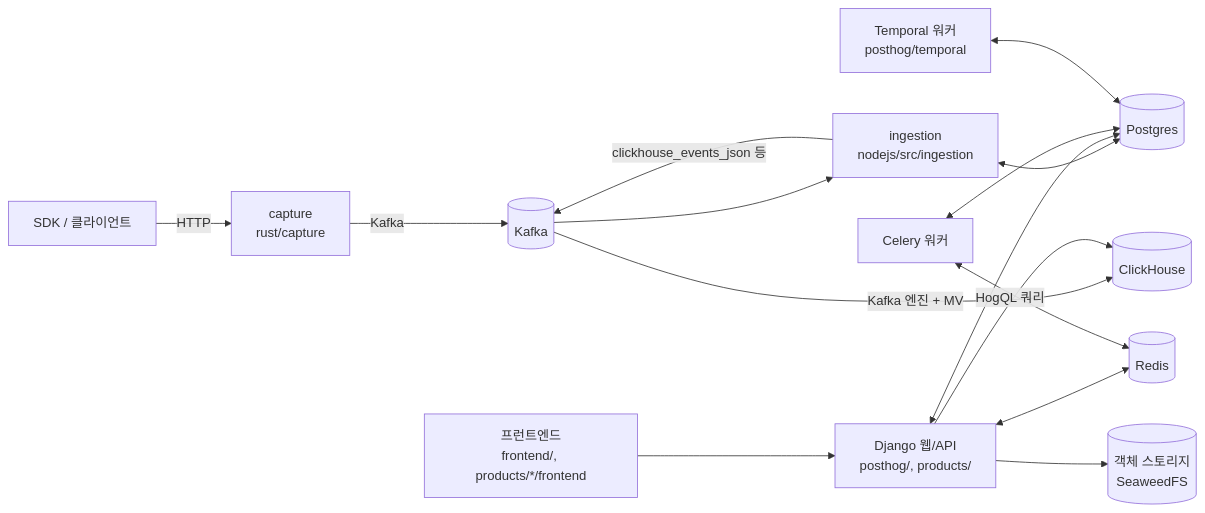
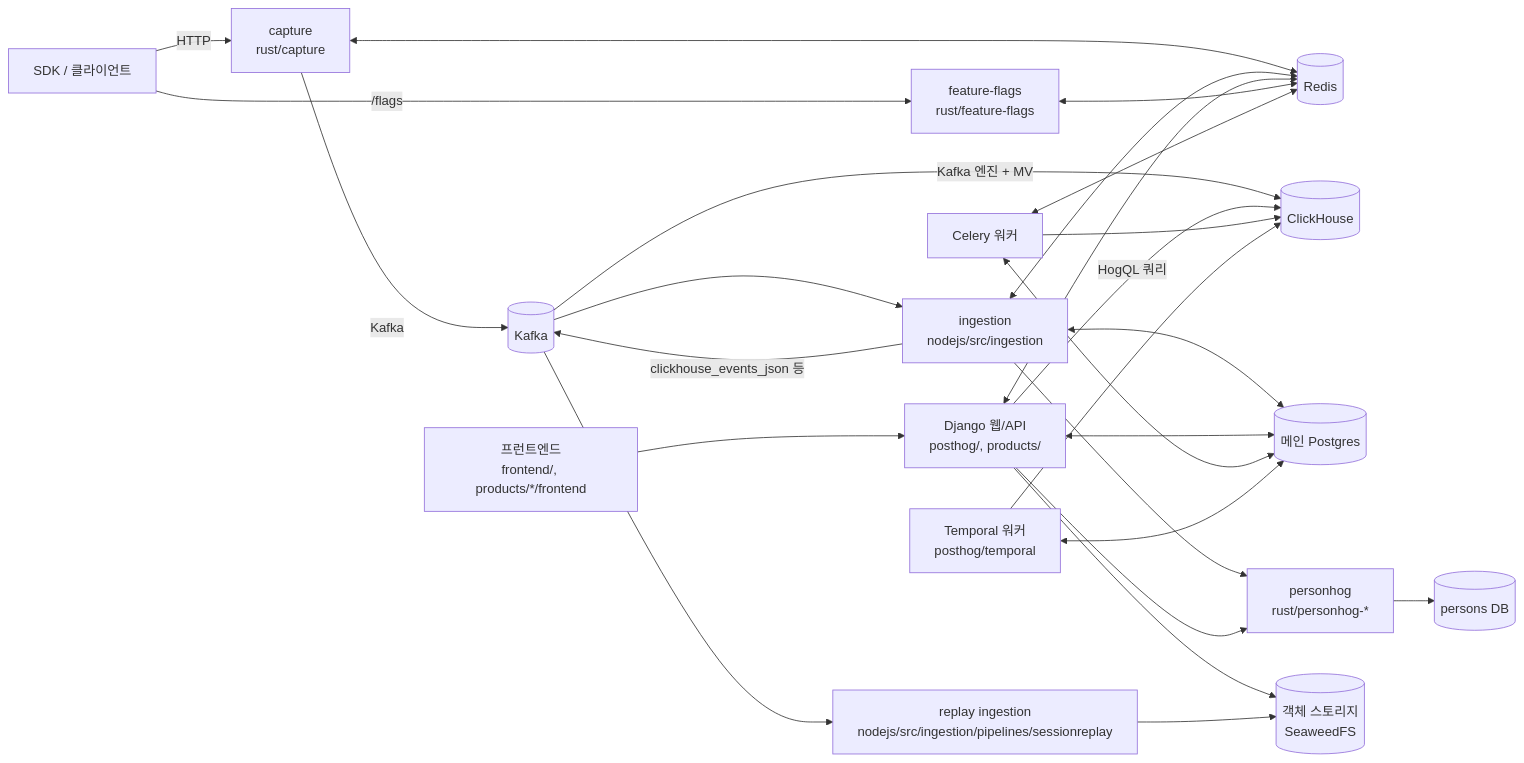
The diagram in wiki/architecture.md (buzzni/buzzhog), drawn with Mermaid before and after one commit. The commit also changed other lines of this file and 2 other files, not shown here.

Commit message:
docs(wiki): apply 19 re-review fixes to architecture, data-flow, glossary (buzzhog-j8hq)

````diff
--- a/wiki/architecture.md
+++ b/wiki/architecture.md
@@ -9,17 +9,28 @@
 ```mermaid
 flowchart LR
     SDK[SDK / 클라이언트] -->|HTTP| CAP[capture<br/>rust/capture]
+    SDK -->|/flags| FLAGS[feature-flags<br/>rust/feature-flags]
     CAP -->|Kafka| K[(Kafka)]
+    CAP <--> R[(Redis)]
     K --> ING[ingestion<br/>nodejs/src/ingestion]
+    K --> REPLAY[replay ingestion<br/>nodejs/src/ingestion/pipelines/sessionreplay]
     ING -->|clickhouse_events_json 등| K
     K -->|Kafka 엔진 + MV| CH[(ClickHouse)]
-    ING <--> PG[(Postgres)]
+    ING <--> PG[(메인 Postgres)]
+    ING <--> R
+    ING --> PH[personhog<br/>rust/personhog-*]
     WEB[Django 웹/API<br/>posthog/, products/] <--> PG
+    WEB --> PH
+    PH --> PDB[(persons DB)]
     WEB -->|HogQL 쿼리| CH
-    WEB <--> R[(Redis)]
+    WEB <--> R
+    FLAGS <--> R
     CEL[Celery 워커] <--> R
     CEL <--> PG
+    CEL --> CH
     TMP[Temporal 워커<br/>posthog/temporal] <--> PG
+    TMP --> CH
     WEB --> OBJ[(객체 스토리지<br/>SeaweedFS)]
+    REPLAY --> OBJ
     FE[프런트엔드<br/>frontend/, products/*/frontend] --> WEB
 ```
````
